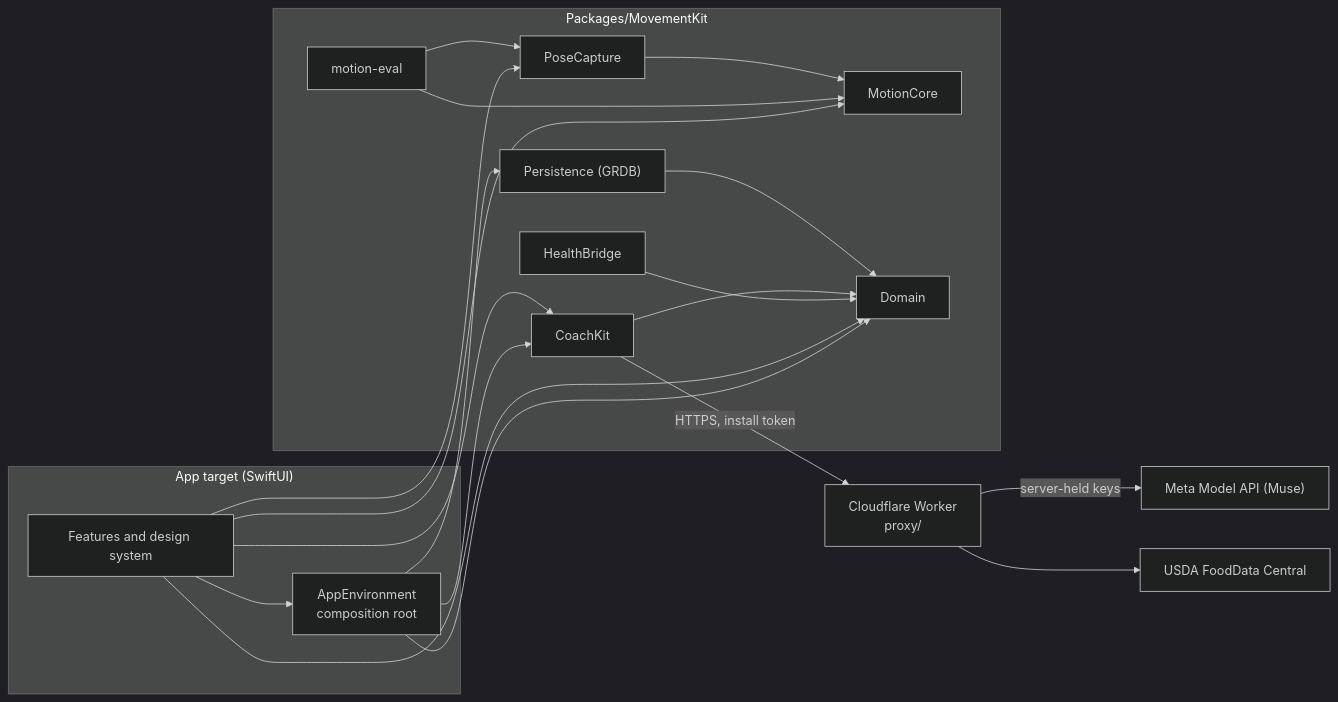
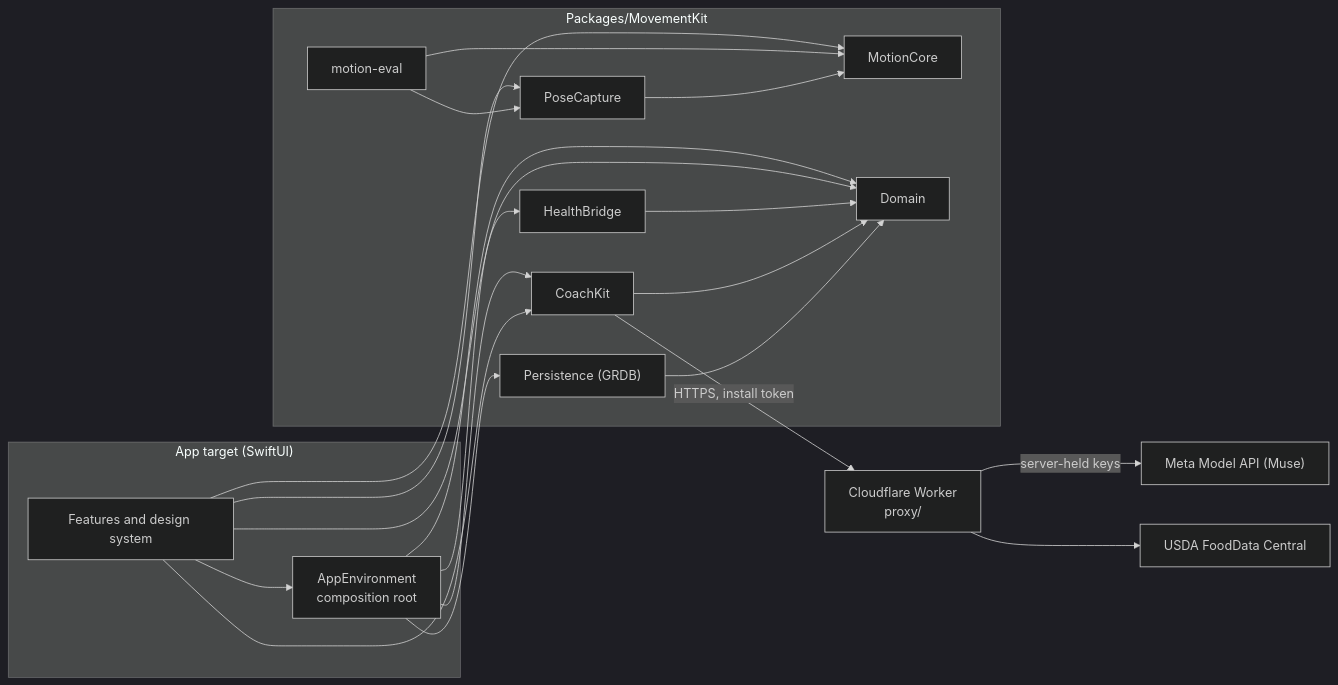
The diagram in README.md (kiraguriz/movement-tracker-plus), drawn with Mermaid (dark theme) before and after one commit. The commit also changed other lines of this file and 3 other files, not shown here.

````diff
--- a/README.md
+++ b/README.md
@@ -54,21 +53,21 @@
 ```mermaid
 flowchart LR
   subgraph app["App target (SwiftUI)"]
     ui["Features and design system"] --> env["AppEnvironment<br/>composition root"]
   end
   subgraph pkg["Packages/MovementKit"]
     mc["MotionCore"]
     dom["Domain"]
     pc["PoseCapture"] --> mc
     per["Persistence (GRDB)"] --> dom
     ck["CoachKit"] --> dom
     hb["HealthBridge"] --> dom
     ev["motion-eval"] --> mc
     ev --> pc
   end
   ui --> mc & pc & ck & dom
-  env --> per & ck & dom
+  env --> per & ck & hb & dom
   ck -- "HTTPS, install token" --> w["Cloudflare Worker<br/>proxy/"]
   w -- "server-held keys" --> muse["Meta Model API (Muse)"]
   w --> usda["USDA FoodData Central"]
 ```
````
